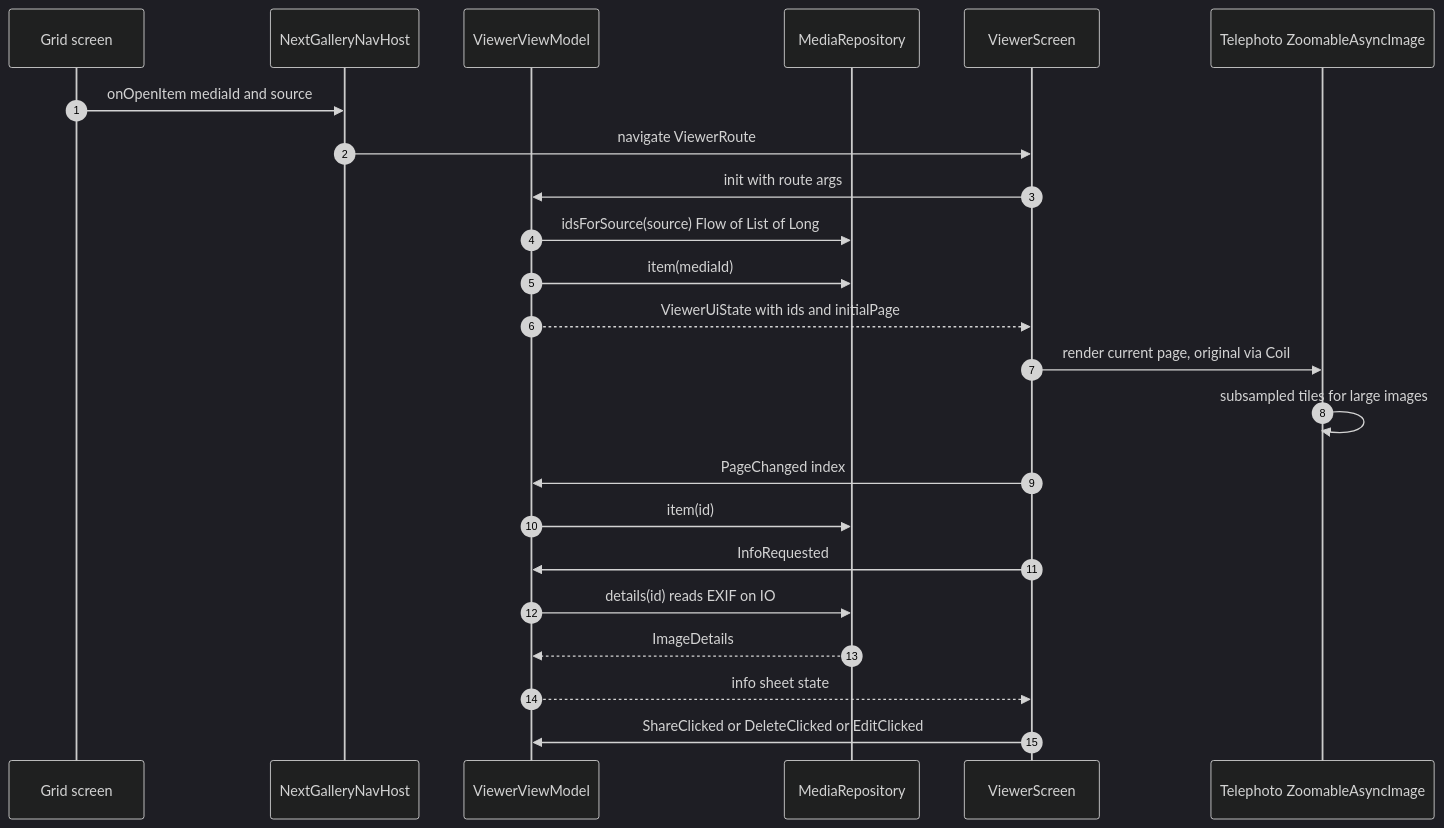
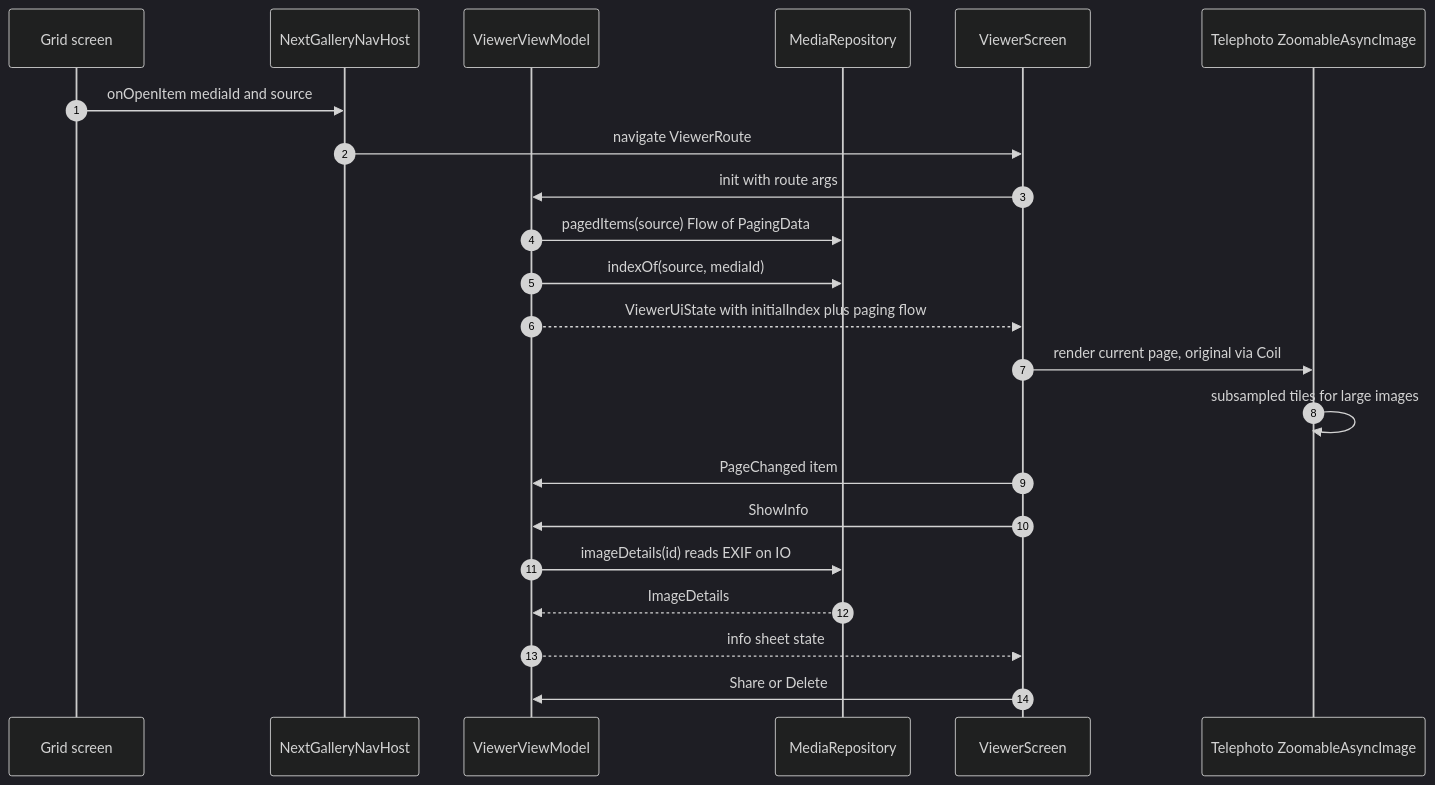
The sixth of 12 diagrams in docs/ARCHITECTURE.md (drehtuer/NextGalleryApp), drawn with Mermaid (dark theme) before and after one commit. The commit also changed other lines of this file and 75 other files, not shown here.

First line of the commit message:
Phase 3: full-screen viewer, delete and share

````diff
--- a/docs/ARCHITECTURE.md
+++ b/docs/ARCHITECTURE.md
@@ -533,26 +537,25 @@
 ```mermaid
 sequenceDiagram
     autonumber
     participant Grid as Grid screen
     participant Nav as NextGalleryNavHost
     participant VM as ViewerViewModel
     participant Repo as MediaRepository
     participant UI as ViewerScreen
     participant Z as Telephoto ZoomableAsyncImage
 
     Grid->>Nav: onOpenItem mediaId and source
     Nav->>UI: navigate ViewerRoute
     UI->>VM: init with route args
-    VM->>Repo: idsForSource(source) Flow of List of Long
-    VM->>Repo: item(mediaId)
-    VM-->>UI: ViewerUiState with ids and initialPage
+    VM->>Repo: pagedItems(source) Flow of PagingData
+    VM->>Repo: indexOf(source, mediaId)
+    VM-->>UI: ViewerUiState with initialIndex plus paging flow
     UI->>Z: render current page, original via Coil
     Z->>Z: subsampled tiles for large images
-    UI->>VM: PageChanged index
-    VM->>Repo: item(id)
-    UI->>VM: InfoRequested
-    VM->>Repo: details(id) reads EXIF on IO
+    UI->>VM: PageChanged item
+    UI->>VM: ShowInfo
+    VM->>Repo: imageDetails(id) reads EXIF on IO
     Repo-->>VM: ImageDetails
     VM-->>UI: info sheet state
-    UI->>VM: ShareClicked or DeleteClicked or EditClicked
+    UI->>VM: Share or Delete
 ```
````
